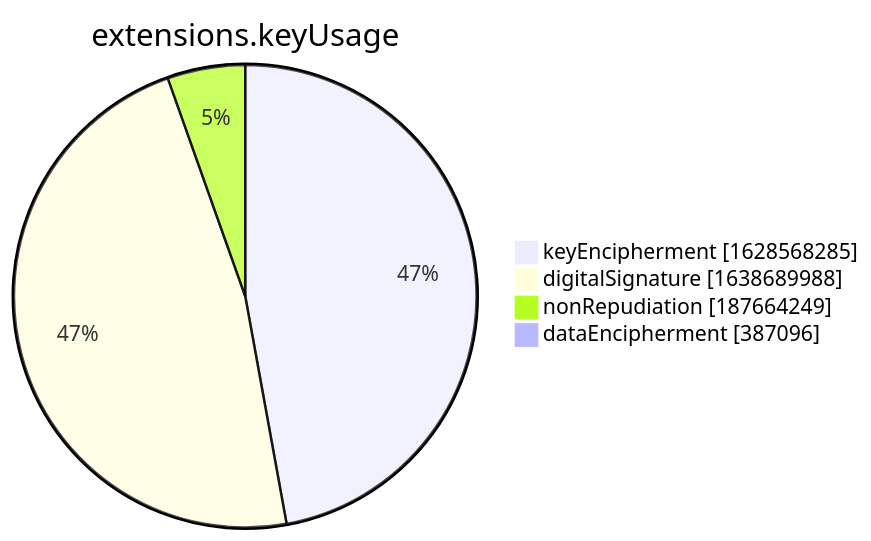
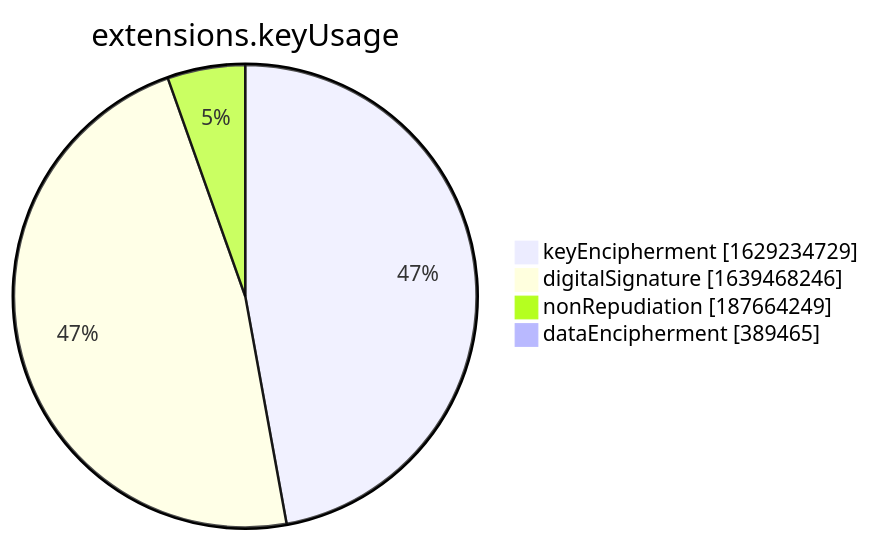
One commit to christiankrug/ctmonitor_visualization changed the seventh of 15 diagrams in xenon2022/README.md. Above: the diagram before and after it, drawn with Mermaid. The commit also changed other lines of this file, not shown here.

````diff
--- a/xenon2022/README.md
+++ b/xenon2022/README.md
@@ -2855,8 +2855,8 @@
 ```mermaid
 pie showData
 title extensions.keyUsage
-"keyEncipherment" :1628568285
-"digitalSignature" :1638689988
+"keyEncipherment" :1629234729
+"digitalSignature" :1639468246
 "nonRepudiation" :187664249
-"dataEncipherment" :387096
+"dataEncipherment" :389465
 ```
````
